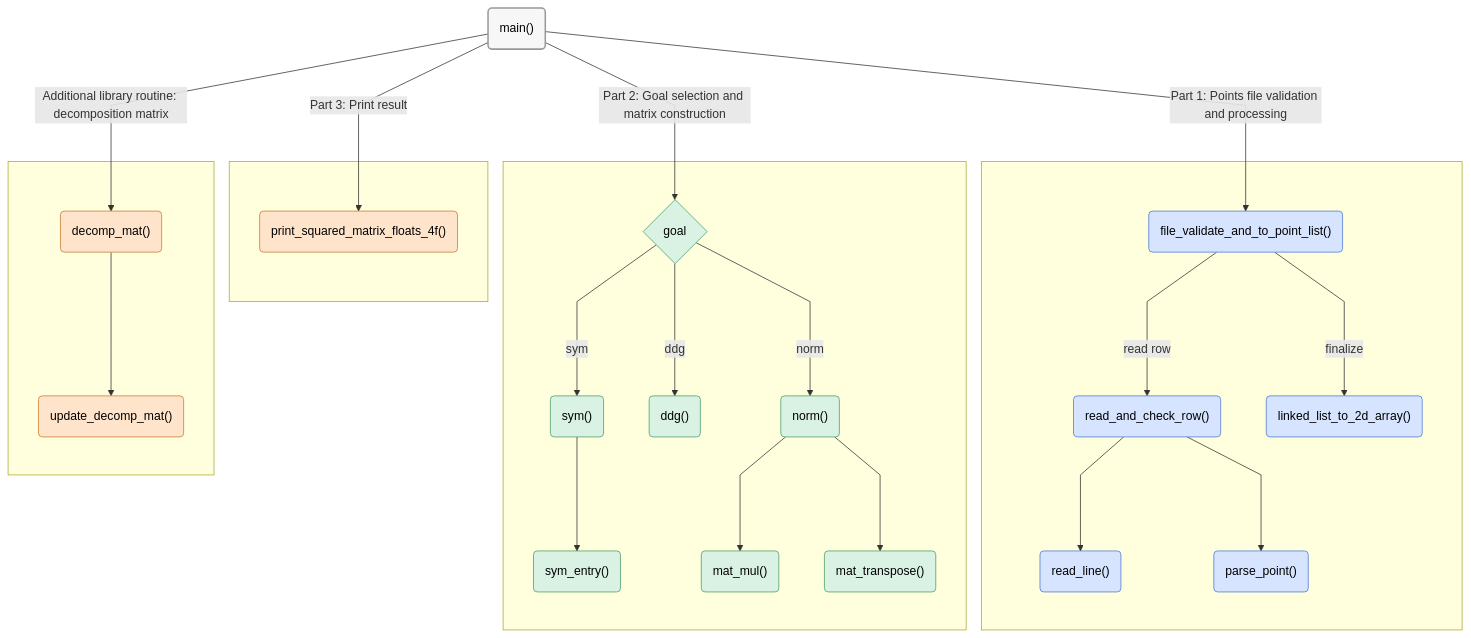
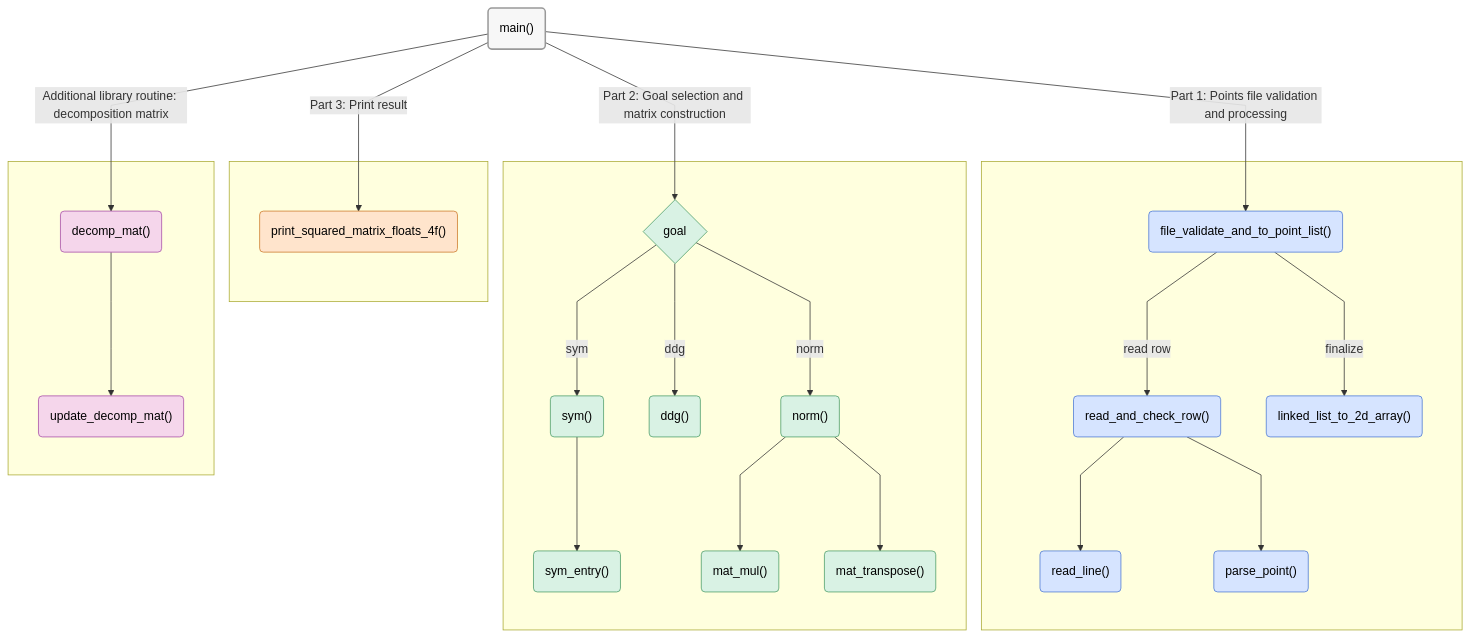
The diagram in final-project/program-docs/symnmf.c_README.md (yonibarel2/Software-Project-Workshop), drawn with Mermaid before and after one commit.

````diff
--- a/final-project/program-docs/symnmf.c_README.md
+++ b/final-project/program-docs/symnmf.c_README.md
@@ -43,54 +43,55 @@
 ```mermaid
 
 %% Better spacing & alignment
 %%{init: {'flowchart': { 'nodeSpacing': 60, 'rankSpacing': 100, 'curve': 'linear' }}}%%
 
 flowchart TD
 
 %% --- Softer, darker theme per part ---
 classDef part1 fill:#d6e4ff,stroke:#4a78d4,stroke-width:1px,color:#000;
 classDef part2 fill:#d9f2e4,stroke:#4a9c68,stroke-width:1px,color:#000;
 classDef part3 fill:#ffe4cc,stroke:#cc7a29,stroke-width:1px,color:#000;
-classDef Additional library routine: decomposition matrix :#f5d6eb,stroke:#a64ca6,stroke-width:1px,color:#000;
-classDef main  fill:#f7f7f7,stroke:#999999,stroke-width:2px,color:#000;
+classDef part4 fill:#f5d6eb,stroke:#a64ca6,stroke-width:1px,color:#000;
+classDef main fill:#f7f7f7,stroke:#999999,stroke-width:2px,color:#000;
 
     A("main()")
     A --> |Part 1: Points file validation and processing| B1
     A --> |Part 2: Goal selection and matrix construction| C0
     A --> |Part 3: Print result| D
     A --> |Additional library routine: decomposition matrix| E
 
     subgraph  
         B1("file_validate_and_to_point_list()")
         B1 --> |read row| B2("read_and_check_row()")
         B2 --> B3("read_line()")
         B2 --> B4("parse_point()")
         B1 --> |finalize| B5("linked_list_to_2d_array()")
     end
 
     subgraph  
         C0{"goal"}
         C0 --> |sym| C1("sym()")
         C1 --> C1a("sym_entry()")
         C0 --> |ddg| C2("ddg()")
         C0 --> |norm| C3("norm()")
         C3 --> C4("mat_mul()")
         C3 --> C5("mat_transpose()")
     end
 
     subgraph  
         D("print_squared_matrix_floats_4f()")
     end
 
     %% --- Library-only decomposition path ---
     subgraph  
         E("decomp_mat()")
         E --> E1("update_decomp_mat()")
     end
 
     %% --- Apply classes ---
     class A main
     class B1,B2,B3,B4,B5 part1
     class C0,C1,C1a,C2,C3,C4,C5,C6 part2
-    class D,E,E1,E2,E3 part3
+    class D part3
+    class E,E1 part4
 ```
````
